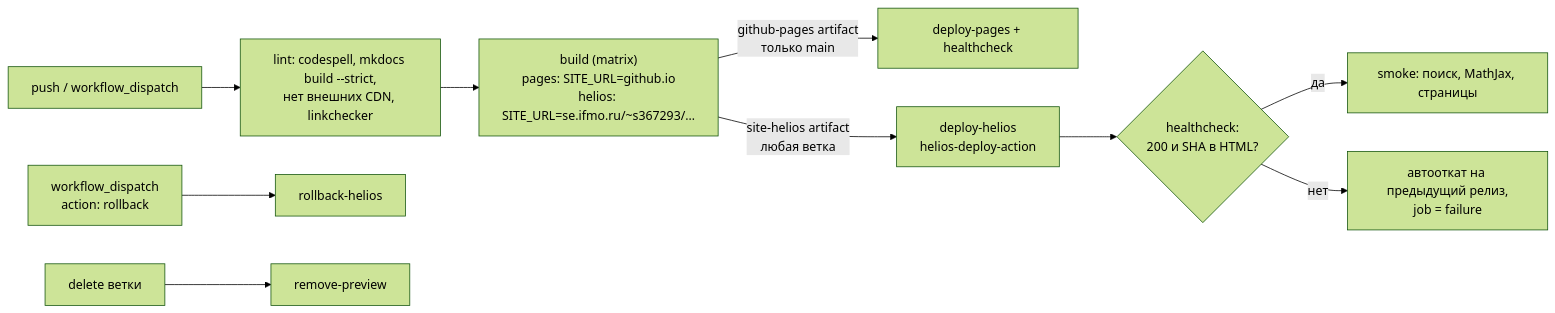
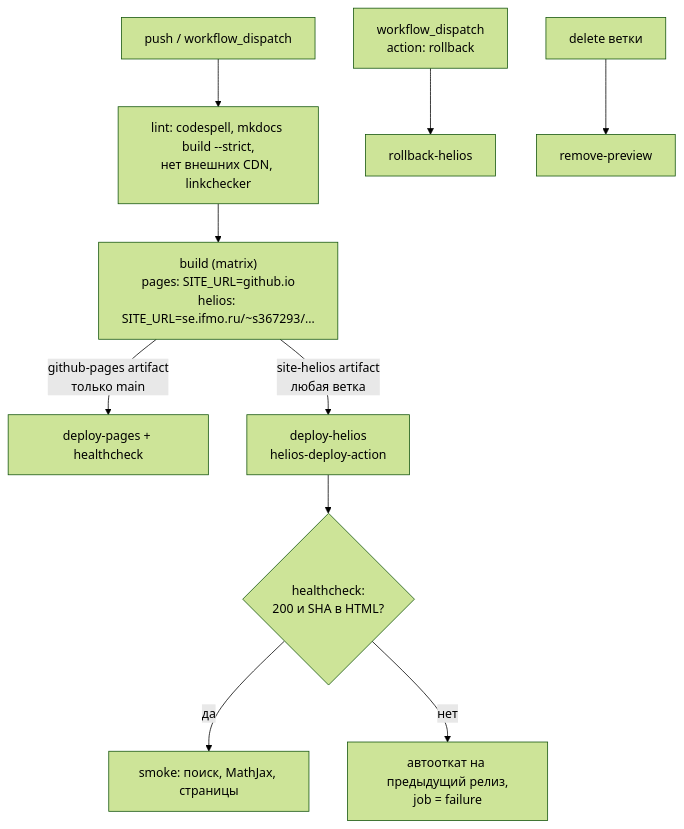
One commit to troublegale/ssg-report changed the diagram in docs/p4.md. Above: the diagram before and after it, drawn with Mermaid (forest theme). The commit also changed 1 other file, not shown here.

Commit message:
docs: правки вёрстки главной и схемы P4

````diff
--- a/docs/p4.md
+++ b/docs/p4.md
@@ -15,13 +15,13 @@
 ```mermaid
-flowchart LR
+flowchart TD
   push[push / workflow_dispatch] --> lint
   lint["lint: codespell, mkdocs build --strict,<br>нет внешних CDN, linkchecker"] --> build
   build["build (matrix)<br>pages: SITE_URL=github.io<br>helios: SITE_URL=se.ifmo.ru/~s367293/…"]
   build -->|"github-pages artifact<br>только main"| dp[deploy-pages + healthcheck]
   build -->|"site-helios artifact<br>любая ветка"| dh["deploy-helios<br>helios-deploy-action"]
   dh --> hc{"healthcheck:<br>200 и SHA в HTML?"}
   hc -->|да| smoke["smoke: поиск, MathJax, страницы"]
   hc -->|нет| rb["автооткат на предыдущий релиз,<br>job = failure"]
   disp["workflow_dispatch<br>action: rollback"] --> rbh[rollback-helios]
   del["delete ветки"] --> rmp[remove-preview]
 ```
````
